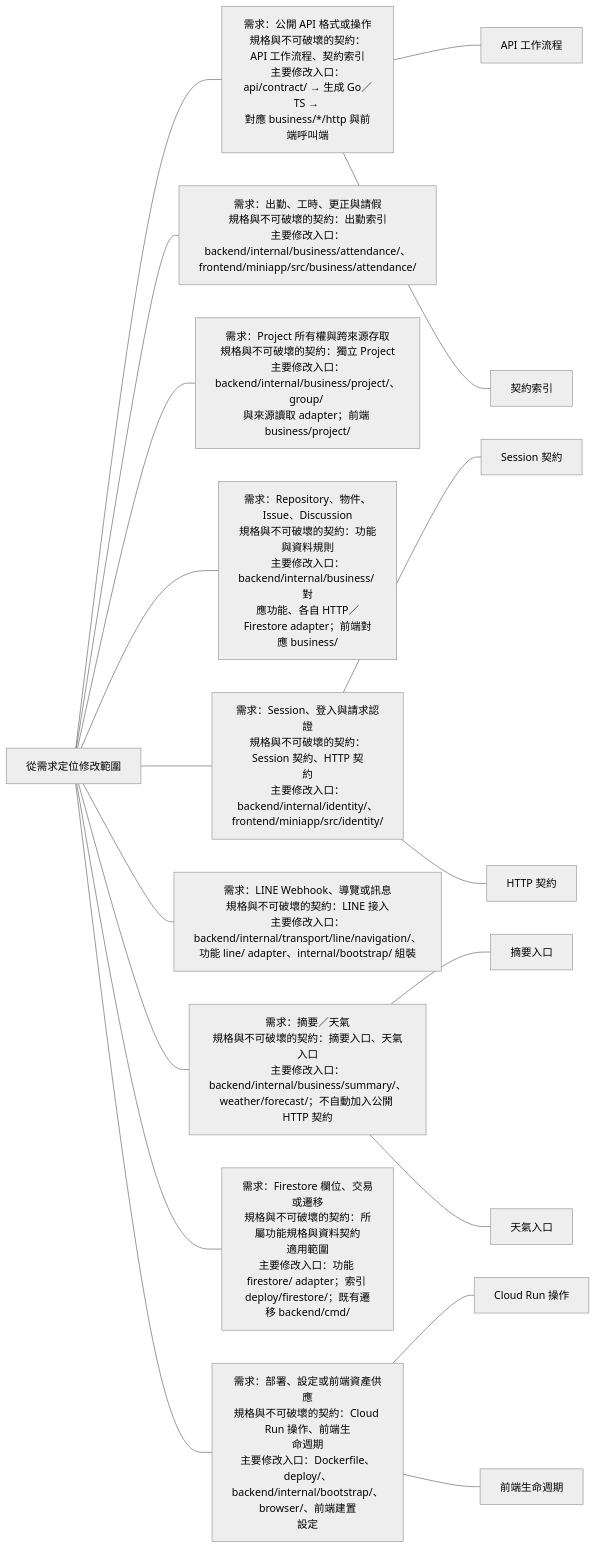
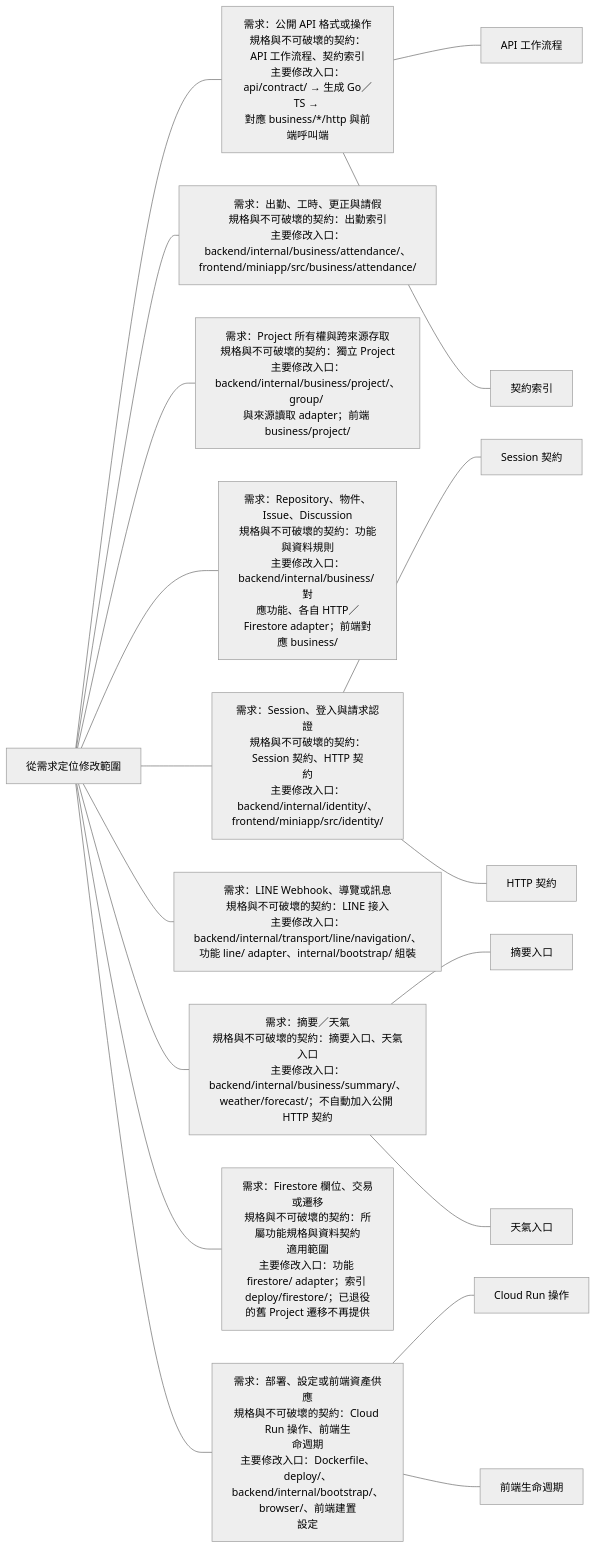
The third of 5 diagrams in docs/architecture/runtime/code-layout.md (963sup/line-mini-app-bot), drawn with Mermaid (neutral theme) before and after one commit. The commit also changed other lines of this file and 58 other files, not shown here.

````diff
--- a/docs/architecture/runtime/code-layout.md
+++ b/docs/architecture/runtime/code-layout.md
@@ -24,34 +24,34 @@
 ```mermaid
 flowchart LR
   h["從需求定位修改範圍"]
   h --- n0["需求：公開 API 格式或操作<br/>規格與不可破壞的契約：API 工作流程、契約索引<br/>主要修改入口：api/contract/ → 生成 Go／TS → <br/>對應 business/*/http 與前端呼叫端"]
   n0 --- n0l0["API 工作流程"]
   click n0l0 "../../../api/README.md"
   n0 --- n0l1["契約索引"]
   click n0l1 "../../../api/contract/README.md"
   h --- n1["需求：出勤、工時、更正與請假<br/>規格與不可破壞的契約：出勤索引<br/>主要修改入口：<br/>backend/internal/business/attendance/、<br/>frontend/miniapp/src/business/attendance/"]
   click n1 "../../domains/README.md#出勤"
   h --- n2["需求：Project 所有權與跨來源存取<br/>規格與不可破壞的契約：獨立 Project<br/>主要修改入口：<br/>backend/internal/business/project/、group/ <br/>與來源讀取 adapter；前端 business/project/"]
   click n2 "../../domains/project/project.md"
   h --- n3["需求：Repository、物件、Issue、Discussion<br/>規格與不可破壞的契約：功能與資料規則<br/>主要修改入口：backend/internal/business/ 對<br/>應功能、各自 HTTP／Firestore adapter；前端對<br/>應 business/"]
   click n3 "../../domains/README.md#儲存庫"
   h --- n4["需求：Session、登入與請求認證<br/>規格與不可破壞的契約：Session 契約、HTTP 契<br/>約<br/>主要修改入口：backend/internal/identity/、<br/>frontend/miniapp/src/identity/"]
   n4 --- n4l0["Session 契約"]
   click n4l0 "../identity/browser-session.md"
   n4 --- n4l1["HTTP 契約"]
   click n4l1 "../contracts/http.md"
   h --- n5["需求：LINE Webhook、導覽或訊息<br/>規格與不可破壞的契約：LINE 接入<br/>主要修改入口：backend/internal/transport/line/navigation/、<br/>功能 line/ adapter、internal/bootstrap/ 組裝"]
   click n5 "../../guides/line-setup/README.md"
   h --- n6["需求：摘要／天氣<br/>規格與不可破壞的契約：摘要入口、天氣入口<br/>主要修改入口：<br/>backend/internal/business/summary/、<br/>weather/forecast/；不自動加入公開 HTTP 契約"]
   n6 --- n6l0["摘要入口"]
   click n6l0 "../../../api/contract/summary/README.md"
   n6 --- n6l1["天氣入口"]
   click n6l1 "../../../api/contract/weather/README.md"
-  h --- n7["需求：Firestore 欄位、交易或遷移<br/>規格與不可破壞的契約：所屬功能規格與資料契約<br/>適用範圍<br/>主要修改入口：功能 firestore/ adapter；索引 <br/>deploy/firestore/；既有遷移 backend/cmd/"]
+  h --- n7["需求：Firestore 欄位、交易或遷移<br/>規格與不可破壞的契約：所屬功能規格與資料契約<br/>適用範圍<br/>主要修改入口：功能 firestore/ adapter；索引 <br/>deploy/firestore/；已退役的舊 Project 遷移不再提供"]
   click n7 "dependencies.md#契約與不變條件的維護位置"
   h --- n8["需求：部署、設定或前端資產供應<br/>規格與不可破壞的契約：Cloud Run 操作、前端生<br/>命週期<br/>主要修改入口：Dockerfile、deploy/、<br/>backend/internal/bootstrap/、browser/、前端建置<br/>設定"]
   n8 --- n8l0["Cloud Run 操作"]
   click n8l0 "../../guides/release/cloud-run.md"
   n8 --- n8l1["前端生命週期"]
   click n8l1 "react-lifecycle.md"
 ```
````
